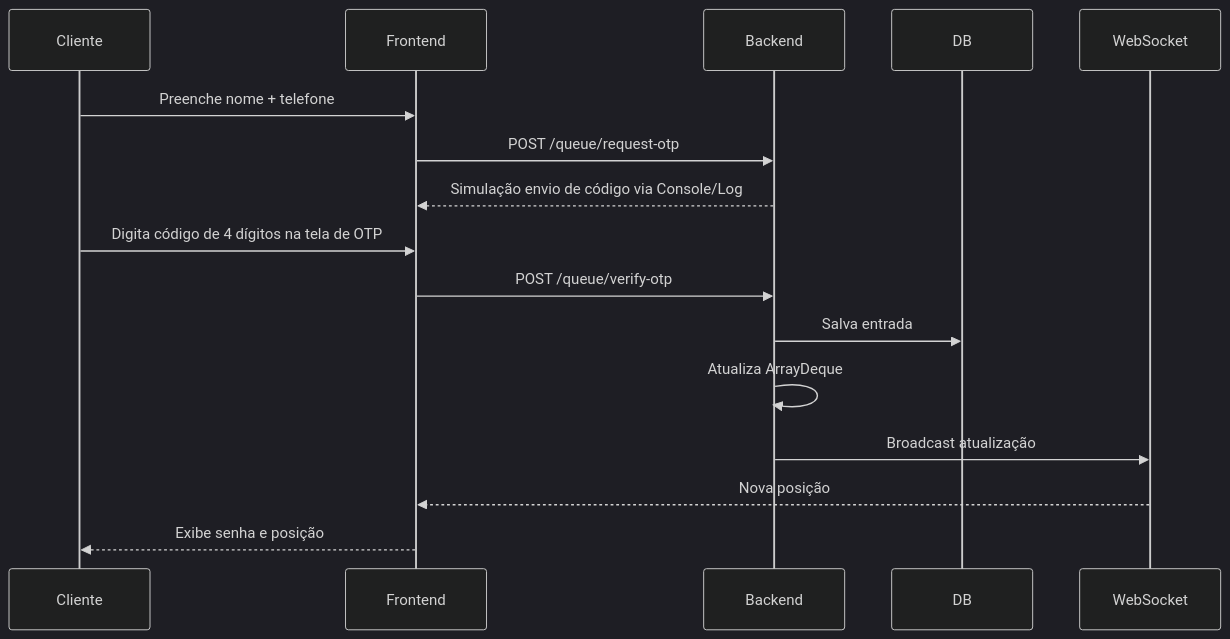
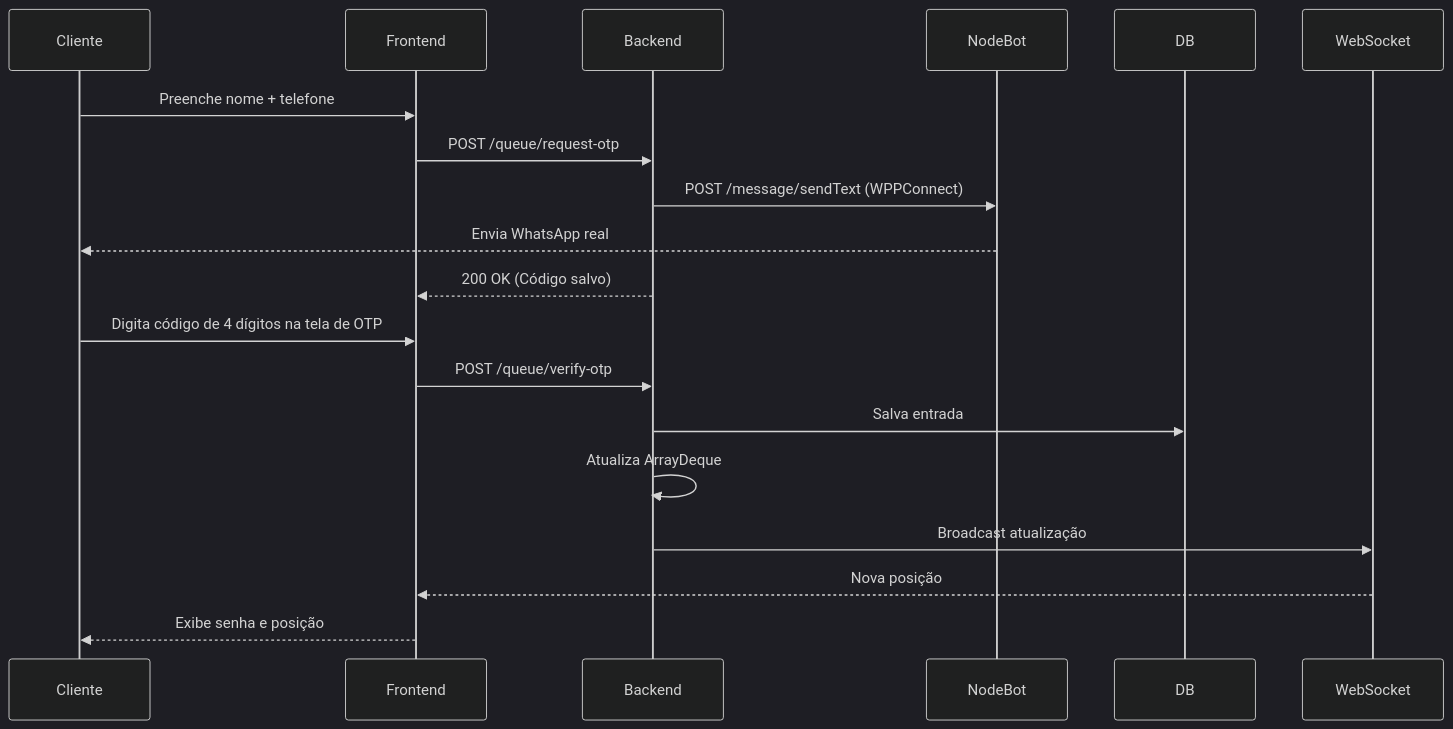
Before and after one commit to AndersonFQueiroz/NextCut: the third of 4 diagrams in README.md, drawn with Mermaid (dark theme). The commit also changed other lines of this file and 14 other files, not shown here.

````diff
--- a/README.md
+++ b/README.md
@@ -214,19 +227,22 @@
 ```mermaid
 sequenceDiagram
     participant Cliente
     participant Frontend
     participant Backend
+    participant NodeBot
     participant DB
     participant WebSocket
 
     Cliente->>Frontend: Preenche nome + telefone
     Frontend->>Backend: POST /queue/request-otp
-    Backend-->>Frontend: Simulação envio de código via Console/Log
+    Backend->>NodeBot: POST /message/sendText (WPPConnect)
+    NodeBot-->>Cliente: Envia WhatsApp real
+    Backend-->>Frontend: 200 OK (Código salvo)
     Cliente->>Frontend: Digita código de 4 dígitos na tela de OTP
     Frontend->>Backend: POST /queue/verify-otp
     Backend->>DB: Salva entrada
     Backend->>Backend: Atualiza ArrayDeque
     Backend->>WebSocket: Broadcast atualização
     WebSocket-->>Frontend: Nova posição
     Frontend-->>Cliente: Exibe senha e posição
 ```
````
